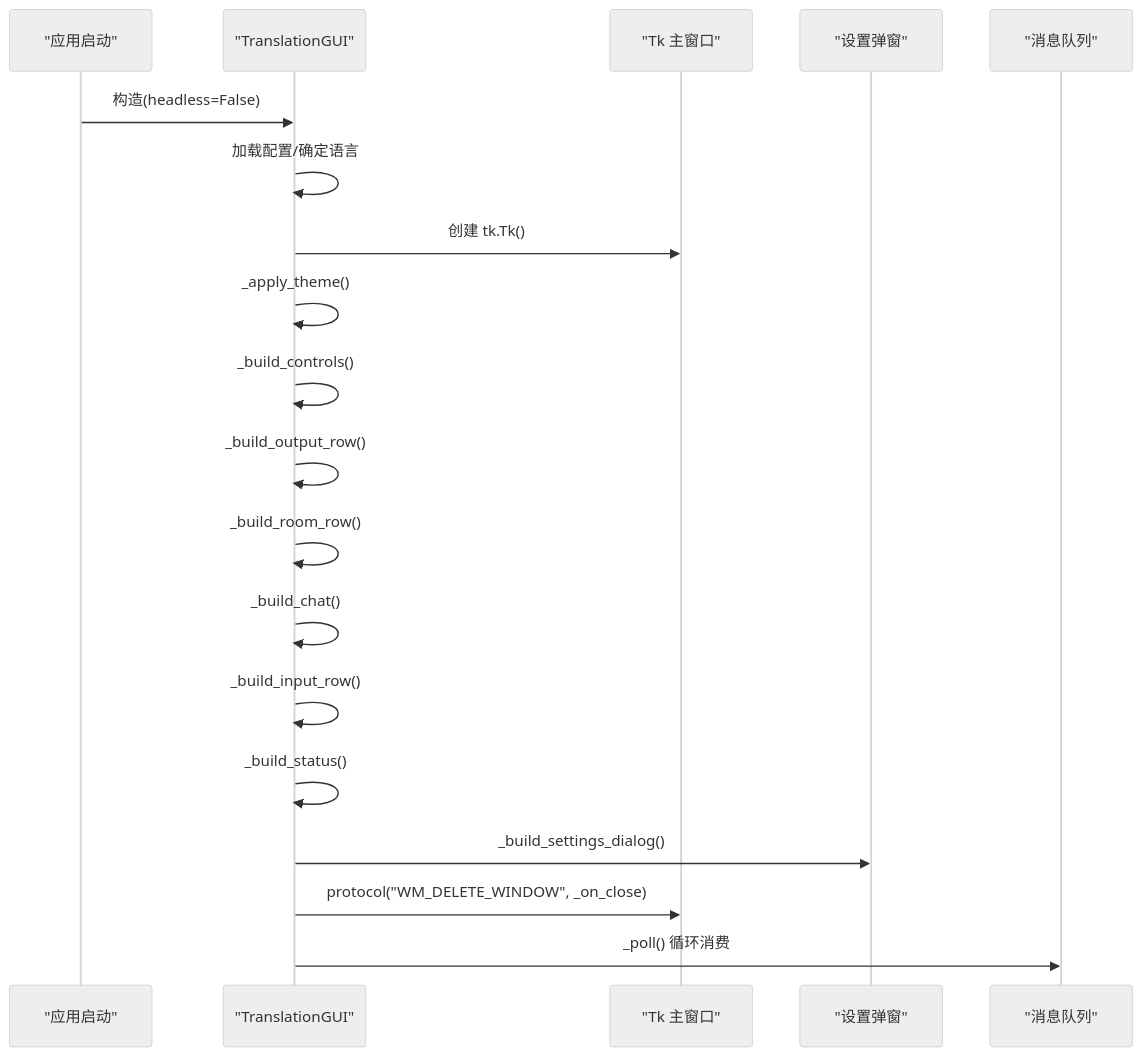
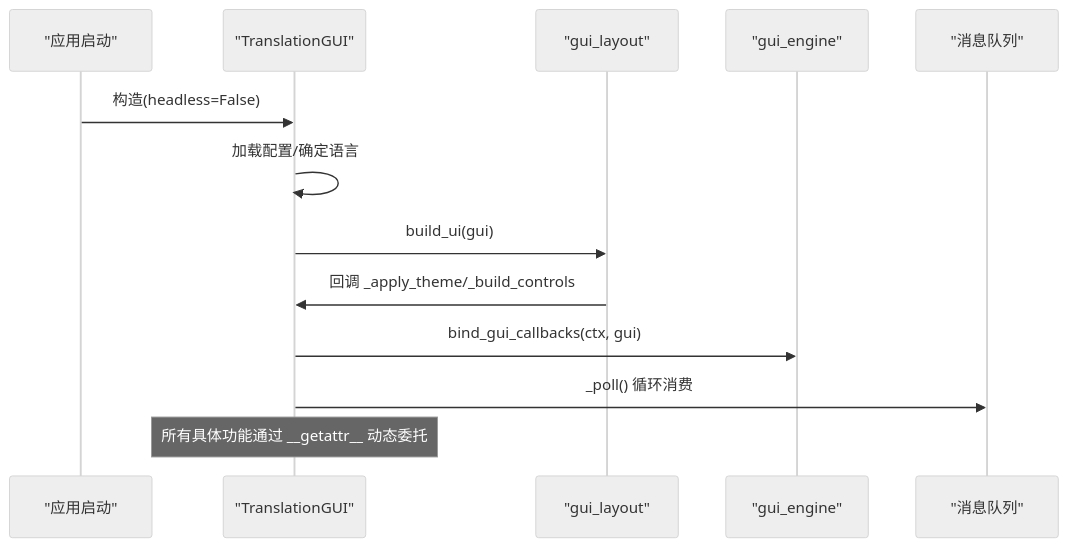
The third of 7 diagrams in .qoder/repowiki/zh/content/图形用户界面/Tkinter 界面架构.md (EMeowAGENT/vrchat-livetranslate), drawn with Mermaid (neutral theme) before and after one commit. The commit also changed other lines of this file and 75 other files, not shown here.

````diff
--- a/.qoder/repowiki/zh/content/图形用户界面/Tkinter 界面架构.md
+++ b/.qoder/repowiki/zh/content/图形用户界面/Tkinter 界面架构.md
@@ -149,21 +185,15 @@
 ```mermaid
 sequenceDiagram
 participant App as "应用启动"
 participant GUI as "TranslationGUI"
-participant Root as "Tk 主窗口"
-participant Settings as "设置弹窗"
+participant Layout as "gui_layout"
+participant Engine as "gui_engine"
 participant Queue as "消息队列"
 App->>GUI : 构造(headless=False)
 GUI->>GUI : 加载配置/确定语言
-GUI->>Root : 创建 tk.Tk()
-GUI->>GUI : _apply_theme()
-GUI->>GUI : _build_controls()
-GUI->>GUI : _build_output_row()
-GUI->>GUI : _build_room_row()
-GUI->>GUI : _build_chat()
-GUI->>GUI : _build_input_row()
-GUI->>GUI : _build_status()
-GUI->>Settings : _build_settings_dialog()
-GUI->>Root : protocol("WM_DELETE_WINDOW", _on_close)
+GUI->>Layout : build_ui(gui)
+Layout->>GUI : 回调 _apply_theme/_build_controls
+GUI->>Engine : bind_gui_callbacks(ctx, gui)
 GUI->>Queue : _poll() 循环消费
+Note over GUI : 所有具体功能通过 __getattr__ 动态委托
 ```
````
